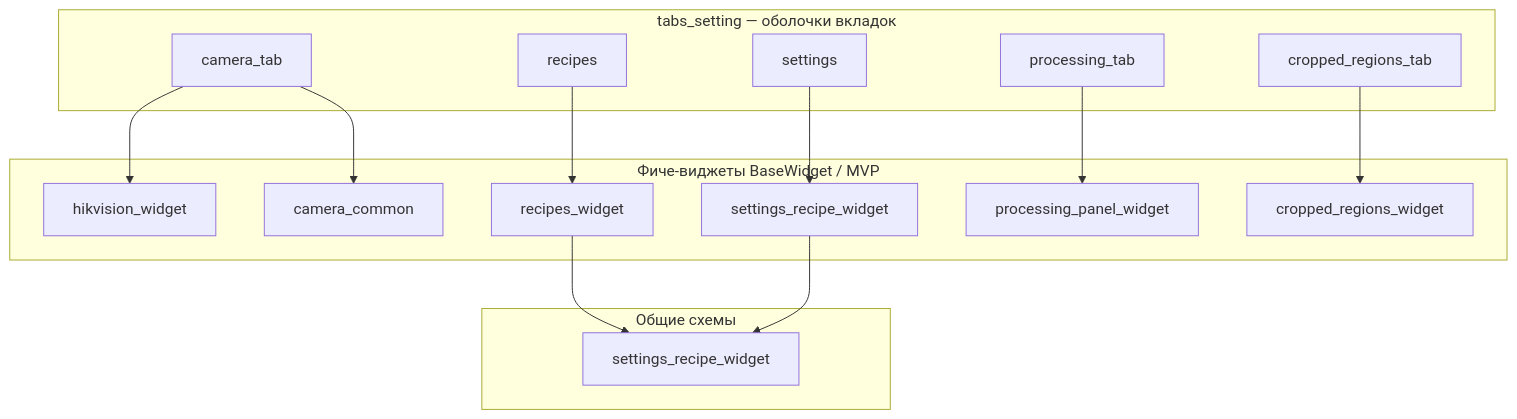
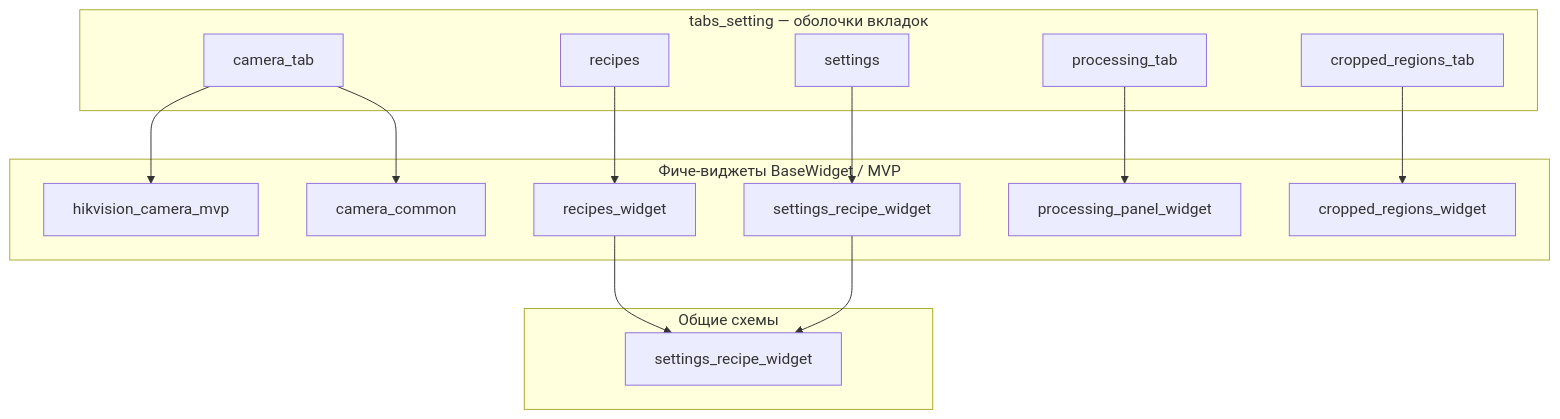
Before and after one commit to TWOKRAI/Inspector_bottles: the first of 2 diagrams in Inspector_prototype/multiprocess_prototype/frontend/widgets/README.md, drawn with Mermaid. The commit also changed other lines of this file and 32 other files, not shown here.

First line of the commit message:
feat: introduce HikvisionCameraMvp widget and refactor camera tab architecture

````diff
--- a/Inspector_prototype/multiprocess_prototype/frontend/widgets/README.md
+++ b/Inspector_prototype/multiprocess_prototype/frontend/widgets/README.md
@@ -8,32 +8,32 @@
 ```mermaid
 flowchart TB
     subgraph tabs["tabs_setting — оболочки вкладок"]
         CT[camera_tab]
         RT[recipes]
         ST[settings]
         PT[processing_tab]
         CRT[cropped_regions_tab]
     end
 
     subgraph features["Фиче-виджеты BaseWidget / MVP"]
-        HV[hikvision_widget]
+        HM[hikvision_camera_mvp]
         CC[camera_common]
         RRW[recipes_widget]
         ARW[settings_recipe_widget]
         PPW[processing_panel_widget]
         CRW[cropped_regions_widget]
     end
 
     subgraph shared["Общие схемы"]
         RU[settings_recipe_widget]
     end
 
     CT --> CC
-    CT --> HV
+    CT --> HM
     RT --> RRW
     ST --> ARW
     PT --> PPW
     CRT --> CRW
     RRW --> RU
     ARW --> RU
 ```
````
